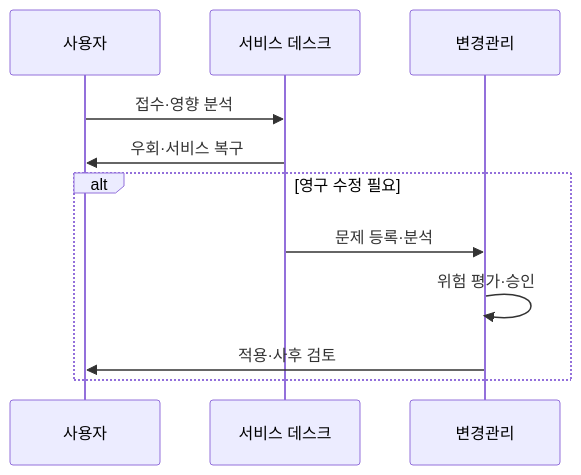
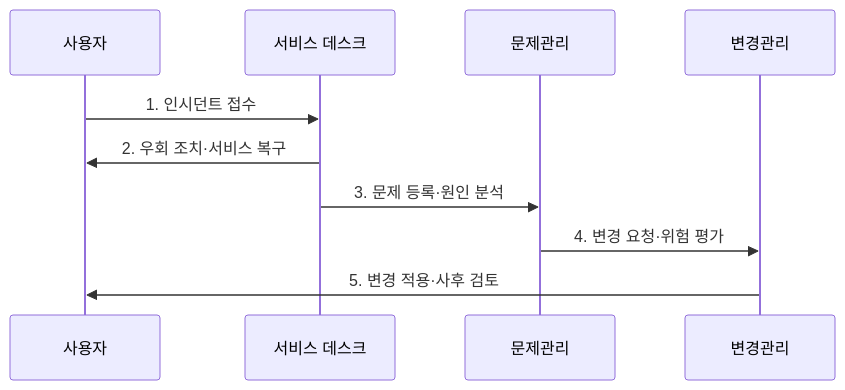
The second of 2 diagrams in src/content/docs/notes/07-law-policy/007_itsm_incident_change_problem.md (agnusdei1207/knowledge-base), drawn with Mermaid before and after one commit. The commit also changed other lines of this file and 9 other files, not shown here.

````diff
--- a/src/content/docs/notes/07-law-policy/007_itsm_incident_change_problem.md
+++ b/src/content/docs/notes/07-law-policy/007_itsm_incident_change_problem.md
@@ -68,13 +78,12 @@
 ```mermaid
 sequenceDiagram
     participant U as 사용자
     participant D as 서비스 데스크
+    participant P as 문제관리
     participant C as 변경관리
-    U->>D: 접수·영향 분석
-    D->>U: 우회·서비스 복구
-    alt 영구 수정 필요
-        D->>C: 문제 등록·분석
-        C->>C: 위험 평가·승인
-        C->>U: 적용·사후 검토
-    end
+    U->>D: 1. 인시던트 접수
+    D->>U: 2. 우회 조치·서비스 복구
+    D->>P: 3. 문제 등록·원인 분석
+    P->>C: 4. 변경 요청·위험 평가
+    C->>U: 5. 변경 적용·사후 검토
 ```
````
